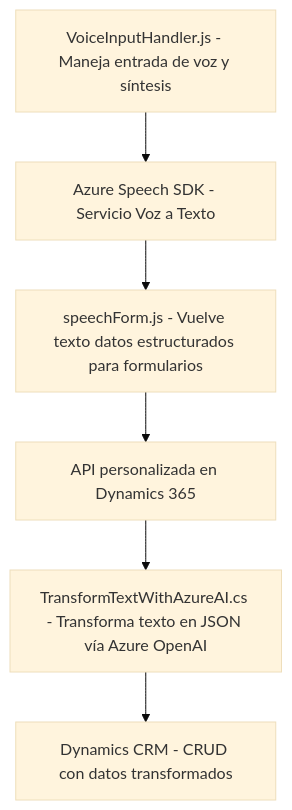
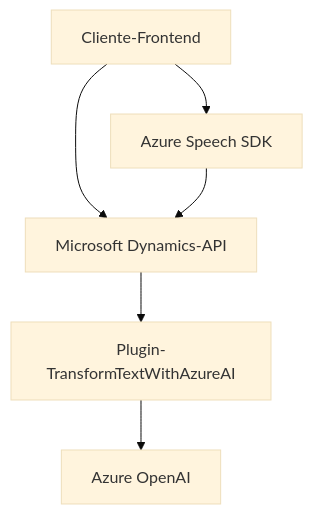
One commit to blopezdm/NETCORE_BILBAO2025 changed the diagram in README.md. Above: the diagram before and after it, drawn with Mermaid (base theme). The commit also changed other lines of this file, not shown here.

Commit message:
Actualizar análisis global de la solución con IA

````diff
--- a/README.md
+++ b/README.md
@@ -34,9 +46,14 @@
 ```mermaid
 graph TD
-  A["VoiceInputHandler.js - Maneja entrada de voz y síntesis"]
-    -->B["Azure Speech SDK - Servicio Voz a Texto"]
-  B --> C["speechForm.js - Vuelve texto datos estructurados para formularios"]
-  C --> D["API personalizada en Dynamics 365"]
-  D -->E["TransformTextWithAzureAI.cs - Transforma texto en JSON vía Azure OpenAI"]
-  E --> F["Dynamics CRM - CRUD con datos transformados"]
+    A[Cliente-Frontend]
+    B[Azure Speech SDK]
+    C[Microsoft Dynamics-API]
+    D[Azure OpenAI]
+    E[Plugin-TransformTextWithAzureAI]
+
+    A --> B
+    A --> C
+    B --> C
+    C --> E
+    E --> D
 ```
````
